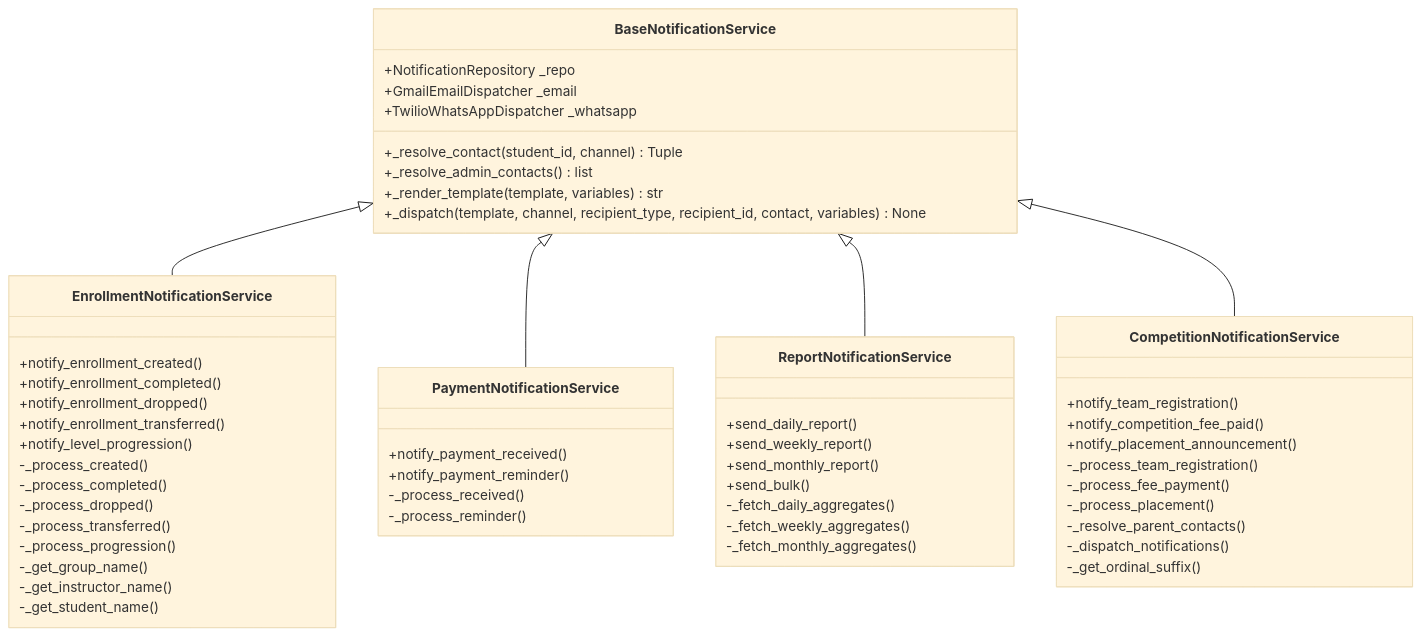
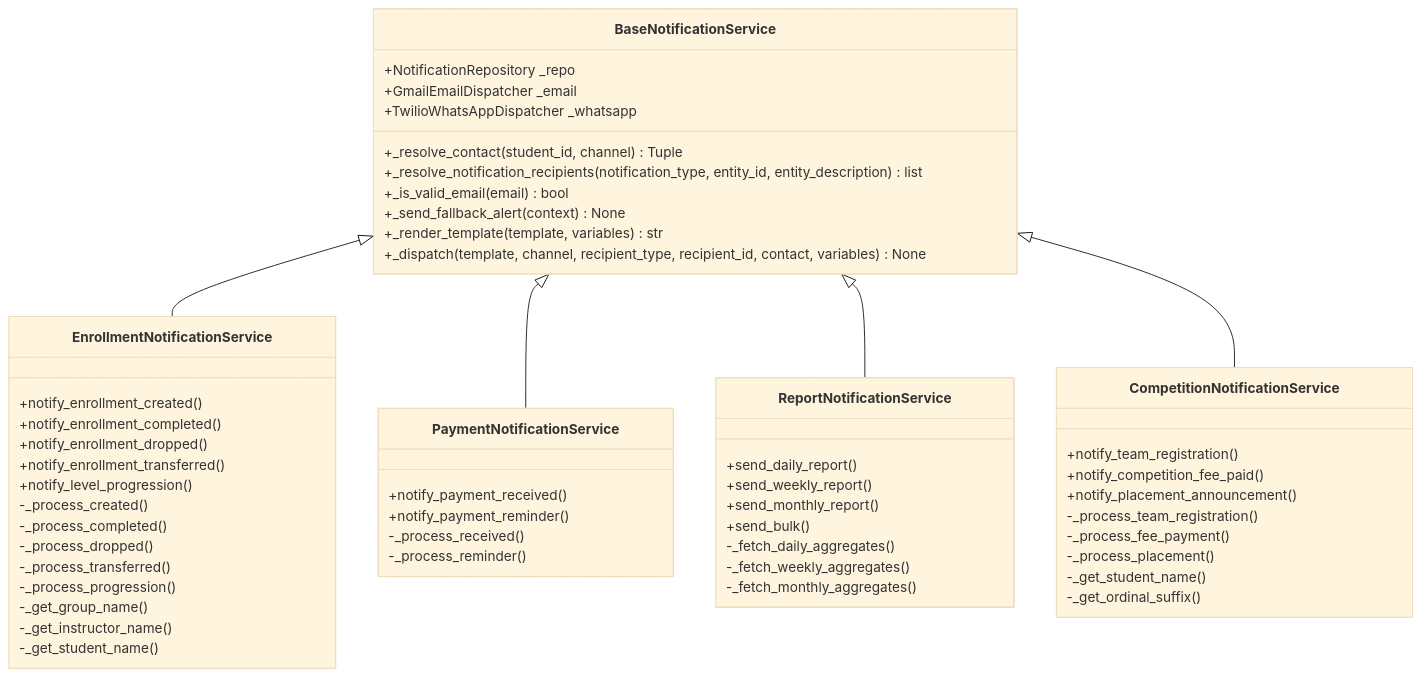
The third of 8 diagrams in docs/notification-architecture.md (ibrhmahmd/techno-terminal), drawn with Mermaid (base theme) before and after one commit. The commit also changed other lines of this file, not shown here.

Commit message:
docs: update notification architecture documentation

````diff
--- a/docs/notification-architecture.md
+++ b/docs/notification-architecture.md
@@ -174,62 +172,63 @@
 ```mermaid
 classDiagram
     class BaseNotificationService {
         +NotificationRepository _repo
         +GmailEmailDispatcher _email
         +TwilioWhatsAppDispatcher _whatsapp
         +_resolve_contact(student_id, channel) Tuple
-        +_resolve_admin_contacts() list
+        +_resolve_notification_recipients(notification_type, entity_id, entity_description) list
+        +_is_valid_email(email) bool
+        +_send_fallback_alert(context) None
         +_render_template(template, variables) str
         +_dispatch(template, channel, recipient_type, recipient_id, contact, variables) None
     }
     
     class EnrollmentNotificationService {
         +notify_enrollment_created()
         +notify_enrollment_completed()
         +notify_enrollment_dropped()
         +notify_enrollment_transferred()
         +notify_level_progression()
         -_process_created()
         -_process_completed()
         -_process_dropped()
         -_process_transferred()
         -_process_progression()
         -_get_group_name()
         -_get_instructor_name()
         -_get_student_name()
     }
     
     class PaymentNotificationService {
         +notify_payment_received()
         +notify_payment_reminder()
         -_process_received()
         -_process_reminder()
     }
     
     class ReportNotificationService {
         +send_daily_report()
         +send_weekly_report()
         +send_monthly_report()
         +send_bulk()
         -_fetch_daily_aggregates()
         -_fetch_weekly_aggregates()
         -_fetch_monthly_aggregates()
     }
     
     class CompetitionNotificationService {
         +notify_team_registration()
         +notify_competition_fee_paid()
         +notify_placement_announcement()
         -_process_team_registration()
         -_process_fee_payment()
         -_process_placement()
-        -_resolve_parent_contacts()
-        -_dispatch_notifications()
+        -_get_student_name()
         -_get_ordinal_suffix()
     }
     
     BaseNotificationService <|-- EnrollmentNotificationService
     BaseNotificationService <|-- PaymentNotificationService
     BaseNotificationService <|-- ReportNotificationService
     BaseNotificationService <|-- CompetitionNotificationService
 ```
````
